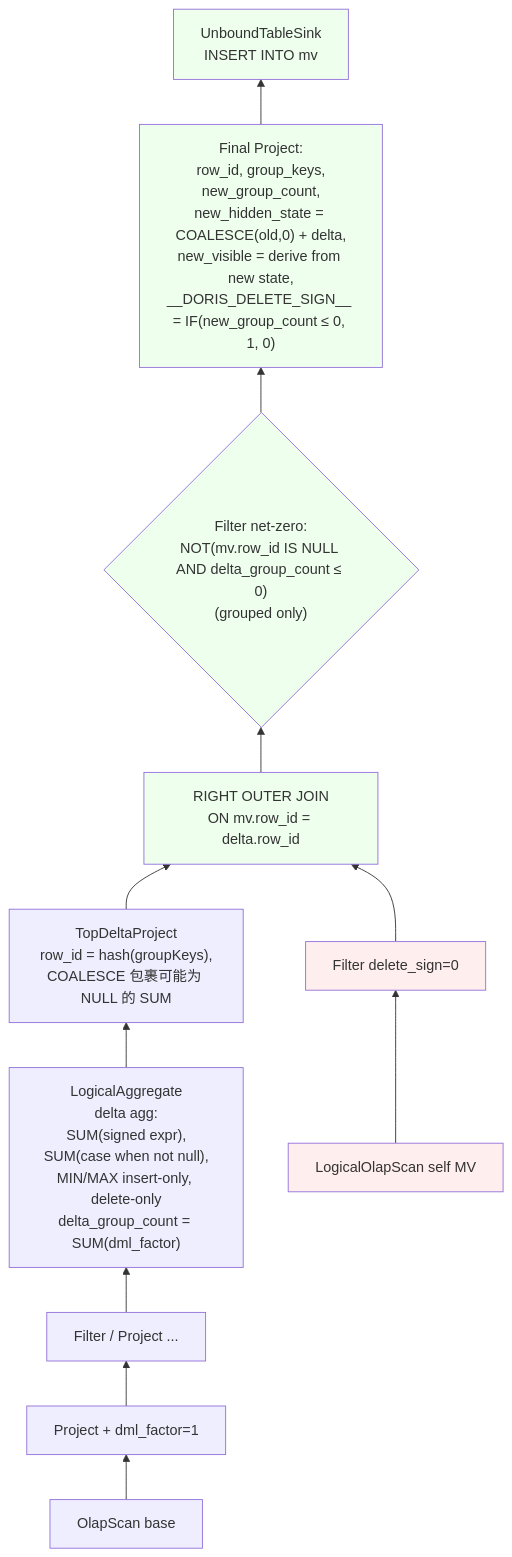
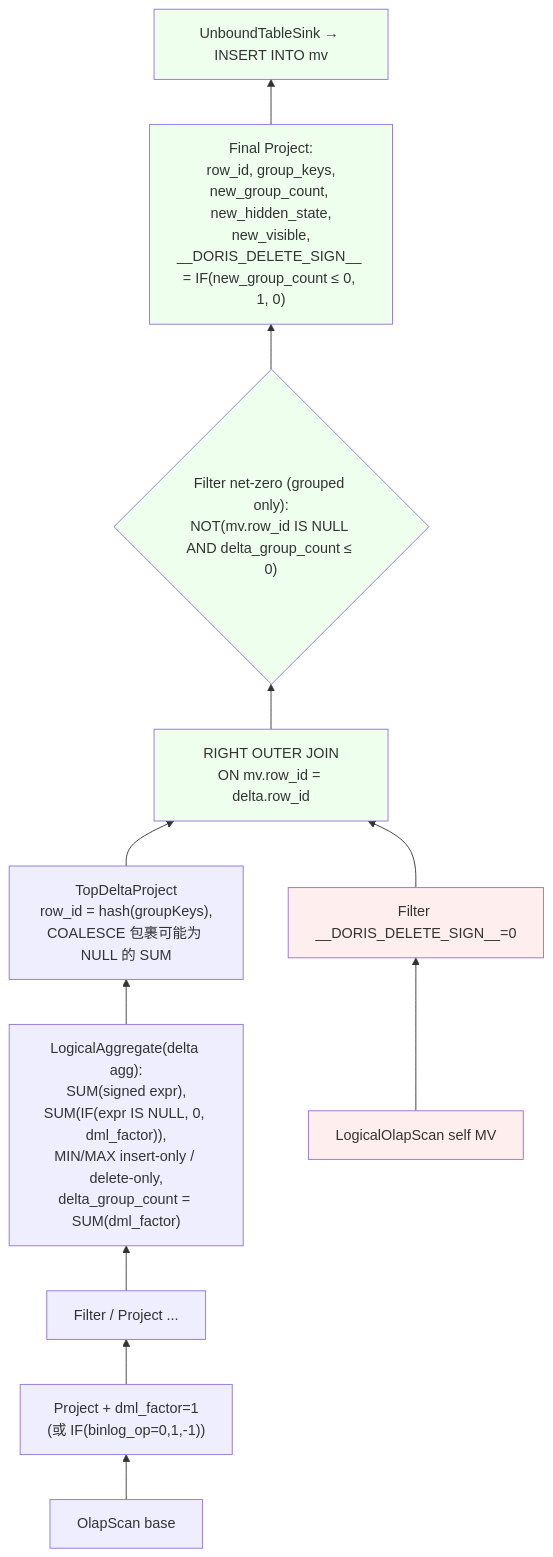
Before and after one commit to seawinde/doris: the eighth of 9 diagrams in docs/ivm_design.md, drawn with Mermaid. The commit also changed other lines of this file, not shown here.

````diff
--- a/docs/ivm_design.md
+++ b/docs/ivm_design.md
@@ -411,19 +392,19 @@
 ```mermaid
 flowchart BT
   classDef delta fill:#eef
   classDef apply fill:#efe
   classDef mv fill:#fee
 
-  S1["OlapScan base"]:::delta --> S2["Project + dml_factor=1"]:::delta
+  S1["OlapScan base"]:::delta --> S2["Project + dml_factor=1<br/>(或 IF(binlog_op=0,1,-1))"]:::delta
   S2 --> S3["Filter / Project ..."]:::delta
-  S3 --> S4["LogicalAggregate<br/>delta agg:<br/>SUM(signed expr),<br/>SUM(case when not null),<br/>MIN/MAX insert-only, delete-only<br/>delta_group_count = SUM(dml_factor)"]:::delta
+  S3 --> S4["LogicalAggregate(delta agg):<br/>SUM(signed expr),<br/>SUM(IF(expr IS NULL, 0, dml_factor)),<br/>MIN/MAX insert-only / delete-only,<br/>delta_group_count = SUM(dml_factor)"]:::delta
   S4 --> S5["TopDeltaProject<br/>row_id = hash(groupKeys),<br/>COALESCE 包裹可能为 NULL 的 SUM"]:::delta
 
-  MV1["LogicalOlapScan self MV"]:::mv --> MV2["Filter delete_sign=0"]:::mv
+  MV1["LogicalOlapScan self MV"]:::mv --> MV2["Filter __DORIS_DELETE_SIGN__=0"]:::mv
 
   S5 --> J["RIGHT OUTER JOIN<br/>ON mv.row_id = delta.row_id"]:::apply
   MV2 --> J
-  J --> F{"Filter net-zero:<br/>NOT(mv.row_id IS NULL AND delta_group_count ≤ 0)<br/>(grouped only)"}:::apply
-  F --> P["Final Project:<br/>row_id, group_keys,<br/>new_group_count,<br/>new_hidden_state = COALESCE(old,0) + delta,<br/>new_visible = derive from new state,<br/>__DORIS_DELETE_SIGN__ = IF(new_group_count ≤ 0, 1, 0)"]:::apply
-  P --> SK["UnboundTableSink<br/>INSERT INTO mv"]:::apply
+  J --> F{"Filter net-zero (grouped only):<br/>NOT(mv.row_id IS NULL AND delta_group_count ≤ 0)"}:::apply
+  F --> P["Final Project:<br/>row_id, group_keys,<br/>new_group_count, new_hidden_state,<br/>new_visible,<br/>__DORIS_DELETE_SIGN__ = IF(new_group_count ≤ 0, 1, 0)"]:::apply
+  P --> SK["UnboundTableSink → INSERT INTO mv"]:::apply
 ```
````
